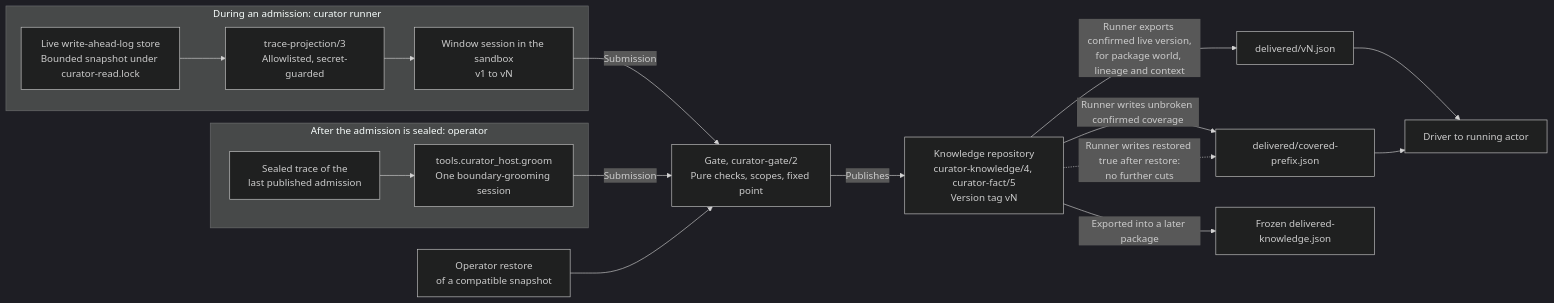
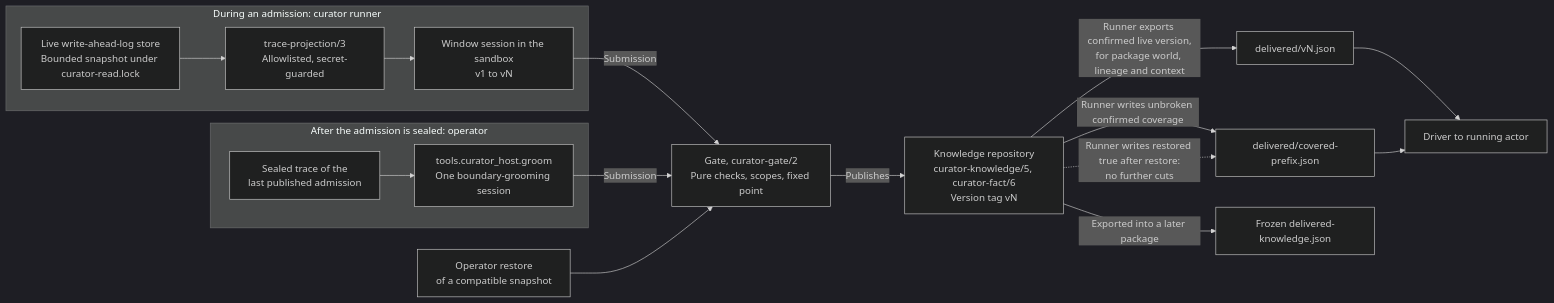
The diagram in docs/components/curator.md (CVX-Hull/enactive), drawn with Mermaid (dark theme) before and after one commit. The commit also changed other lines of this file and 164 other files, not shown here.

First line of the commit message:
Batch 1 store S-MIGRATION: curator-knowledge/5, curator-fact/6, delivered-knowledge/4, player-knowledge/4 (#1020-#1023) (#1050)

````diff
--- a/docs/components/curator.md
+++ b/docs/components/curator.md
@@ -38,22 +43,22 @@
 ```mermaid
 flowchart LR
   accTitle: Curator pipeline from live trace to delivered knowledge
   accDescr: During play a bounded snapshot under a shared read lock is projected and a runner session examines one window. After the admission is sealed, a grooming session can reorganise the store from the sealed trace. Both submit to the gate, which alone publishes a repository version tag. Facts and articles carry declared scopes and typed links. A confirmed live version is exported for the running actor with the unbroken covered prefix. A restore invalidates that prefix. A groomed version reaches play only when a later package freezes it.
   subgraph L["During an admission: curator runner"]
     S["Live write-ahead-log store<br/>Bounded snapshot under curator-read.lock"] --> P["trace-projection/3<br/>Allowlisted, secret-guarded"]
     P --> W["Window session in the sandbox<br/>v1 to vN"]
   end
   subgraph B["After the admission is sealed: operator"]
     Z["Sealed trace of the<br/>last published admission"] --> Q["tools.curator_host.groom<br/>One boundary-grooming session"]
   end
   W -->|"Submission"| G["Gate, curator-gate/2<br/>Pure checks, scopes, fixed point"]
   Q -->|"Submission"| G
-  G -->|"Publishes"| K["Knowledge repository<br/>curator-knowledge/4, curator-fact/5<br/>Version tag vN"]
+  G -->|"Publishes"| K["Knowledge repository<br/>curator-knowledge/5, curator-fact/6<br/>Version tag vN"]
   O["Operator restore<br/>of a compatible snapshot"] --> G
   K -->|"Runner exports confirmed live version,<br/>for package world, lineage and context"| D["delivered/vN.json"]
   K -->|"Runner writes unbroken confirmed coverage"| C["delivered/covered-prefix.json"]
   K -.->|"Runner writes restored true after restore:<br/>no further cuts"| C
   D --> A["Driver to running actor"]
   C --> A
   K -->|"Exported into a later package"| F["Frozen delivered-knowledge.json"]
 ```
````
